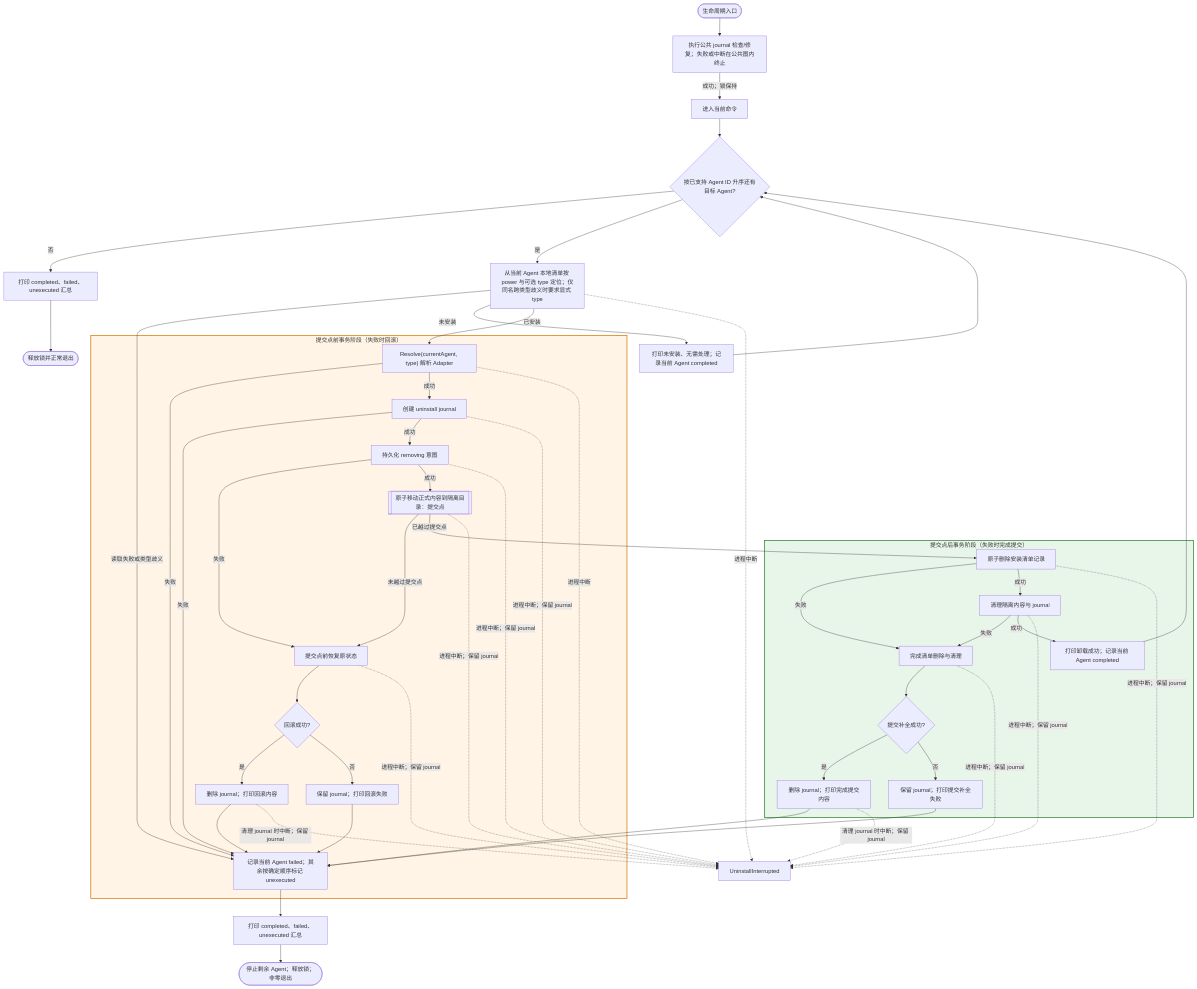
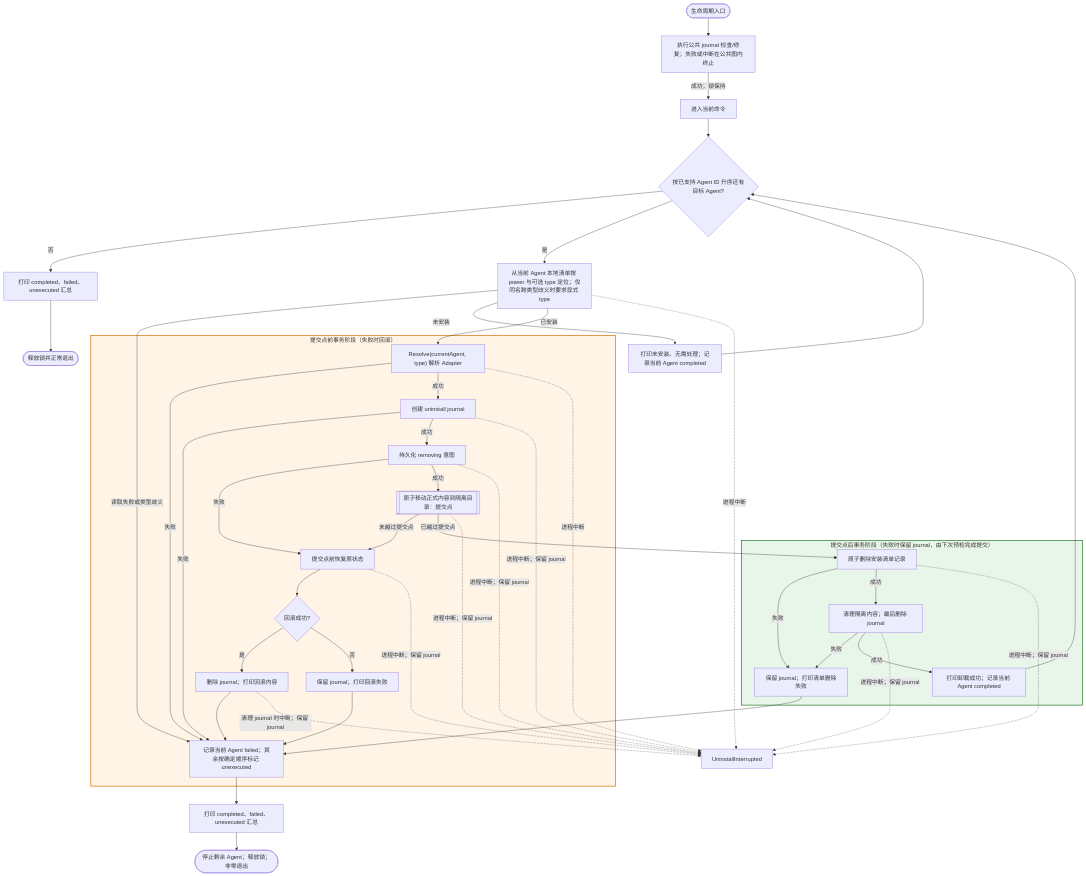
The diagram in ivory-tower/c4/components/apm-cli-lifecycle-diagrams/uninstall.mmd (spacemit-com/agent-power-manager), drawn with Mermaid before and after one commit. The commit also changed 2 other files, not shown here.

Commit message:
docs(c4): defer post-commit recovery to journal preflight

```diff
--- a/ivory-tower/c4/components/apm-cli-lifecycle-diagrams/uninstall.mmd
+++ b/ivory-tower/c4/components/apm-cli-lifecycle-diagrams/uninstall.mmd
@@ -1,56 +1,50 @@
 flowchart TD
     UninstallStart([生命周期入口]) --> UninstallRecovery[执行公共 journal 检查/修复；失败或中断在公共图内终止]
     UninstallRecovery -->|成功；锁保持| UninstallCommand[进入当前命令]
 
     UninstallCommand --> UninstallNextAgent{按已支持 Agent ID 升序还有目标 Agent?}
     UninstallNextAgent -->|否| UninstallPrintSuccessSummary[打印 completed、failed、unexecuted 汇总] --> UninstallOK([释放锁并正常退出])
     UninstallNextAgent -->|是| UninstallFind[从当前 Agent 本地清单按 power 与可选 type 定位；仅同名跨类型歧义时要求显式 type]
     UninstallFind -->|读取失败或类型歧义| UninstallFail[记录当前 Agent failed；其余按确定顺序标记 unexecuted]
     UninstallFind -->|未安装| UninstallSkip[打印未安装、无需处理；记录当前 Agent completed] --> UninstallNextAgent
     UninstallFind -->|已安装| UninstallAdapter["Resolve(currentAgent, type) 解析 Adapter"]
     UninstallAdapter -->|失败| UninstallFail
 
     subgraph UninstallPreCommit["提交点前事务阶段（失败时回滚）"]
         UninstallAdapter -->|成功| UninstallCreateJournal[创建 uninstall journal]
         UninstallCreateJournal -->|失败| UninstallFail
         UninstallCreateJournal -->|成功| UninstallIntent[持久化 removing 意图]
         UninstallIntent -->|失败| UninstallRollback[提交点前恢复原状态]
         UninstallIntent -->|成功| UninstallQuarantine[[原子移动正式内容到隔离目录：提交点]]
         UninstallQuarantine -->|未越过提交点| UninstallRollback
         UninstallRollback --> UninstallRollbackOK{回滚成功?}
         UninstallRollbackOK -->|是| UninstallRolledBack[删除 journal；打印回滚内容]
         UninstallRollbackOK -->|否| UninstallKeepRollback[保留 journal；打印回滚失败]
     end
 
-    subgraph UninstallPostCommit["提交点后事务阶段（失败时完成提交）"]
+    subgraph UninstallPostCommit["提交点后事务阶段（失败时保留 journal，由下次预检完成提交）"]
         UninstallQuarantine -->|已越过提交点| UninstallManifest[原子删除安装清单记录]
-        UninstallManifest -->|失败| UninstallFinishCommit[完成清单删除与清理]
-        UninstallManifest -->|成功| UninstallCleanup[清理隔离内容与 journal]
-        UninstallCleanup -->|失败| UninstallFinishCommit
+        UninstallManifest -->|失败| UninstallKeepCommit[保留 journal；打印清单删除失败]
+        UninstallManifest -->|成功| UninstallCleanup[清理隔离内容；最后删除 journal]
+        UninstallCleanup -->|失败| UninstallKeepCommit
         UninstallCleanup -->|成功| UninstallRemoved[打印卸载成功；记录当前 Agent completed]
-        UninstallFinishCommit --> UninstallCommitOK{提交补全成功?}
-        UninstallCommitOK -->|是| UninstallCommitted[删除 journal；打印完成提交内容]
-        UninstallCommitOK -->|否| UninstallKeepCommit[保留 journal；打印提交补全失败]
     end
 
     UninstallRemoved --> UninstallNextAgent
     UninstallRolledBack --> UninstallFail
     UninstallKeepRollback --> UninstallFail
-    UninstallCommitted --> UninstallFail
     UninstallKeepCommit --> UninstallFail
     UninstallFail --> UninstallPrintFailureSummary[打印 completed、failed、unexecuted 汇总] --> UninstallBatchError([停止剩余 Agent；释放锁；非零退出])
 
     UninstallFind -.进程中断.-> UninstallInterrupted
     UninstallAdapter -.进程中断.-> UninstallInterrupted
     UninstallCreateJournal -.进程中断；保留 journal.-> UninstallInterrupted
     UninstallIntent -.进程中断；保留 journal.-> UninstallInterrupted
     UninstallQuarantine -.进程中断；保留 journal.-> UninstallInterrupted
     UninstallManifest -.进程中断；保留 journal.-> UninstallInterrupted
     UninstallCleanup -.进程中断；保留 journal.-> UninstallInterrupted
     UninstallRollback -.进程中断；保留 journal.-> UninstallInterrupted
     UninstallRolledBack -.清理 journal 时中断；保留 journal.-> UninstallInterrupted
-    UninstallFinishCommit -.进程中断；保留 journal.-> UninstallInterrupted
-    UninstallCommitted -.清理 journal 时中断；保留 journal.-> UninstallInterrupted
 
     style UninstallPreCommit fill:#fff4e5,stroke:#d97706,stroke-width:2px
     style UninstallPostCommit fill:#e8f5e9,stroke:#2e7d32,stroke-width:2px
```
